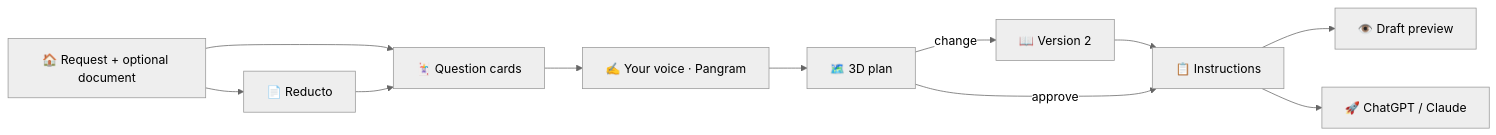
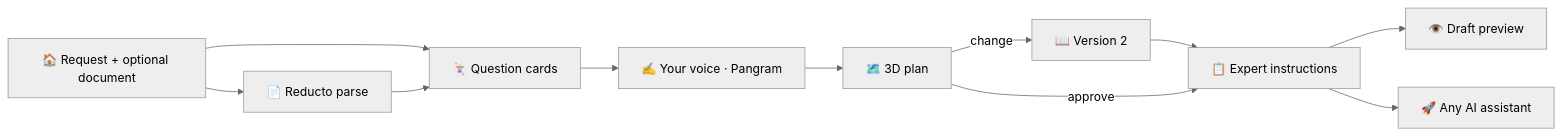
Before and after one commit to AkilanManivannanak/AskmeFirst_Hackathon: the diagram in README.md, drawn with Mermaid (neutral theme). The commit also changed other lines of this file, not shown here.

Commit message:
docs: detailed README with hackathon context, sponsors, architecture and team

````diff
--- a/README.md
+++ b/README.md
@@ -118,13 +113,13 @@
 ```mermaid
 flowchart LR
-    A["🏠 Request + optional document"] --> B["📄 Reducto"]
+    A["🏠 Request + optional document"] --> B["📄 Reducto parse"]
     A --> C["🃏 Question cards"]
     B --> C
     C --> W["✍️ Your voice · Pangram"]
     W --> P["🗺️ 3D plan"]
     P -->|change| P2["📖 Version 2"]
     P2 --> H
-    P -->|approve| H["📋 Instructions"]
+    P -->|approve| H["📋 Expert instructions"]
     H --> V["👁️ Draft preview"]
-    H --> O["🚀 ChatGPT / Claude"]
+    H --> O["🚀 Any AI assistant"]
 ```
````
